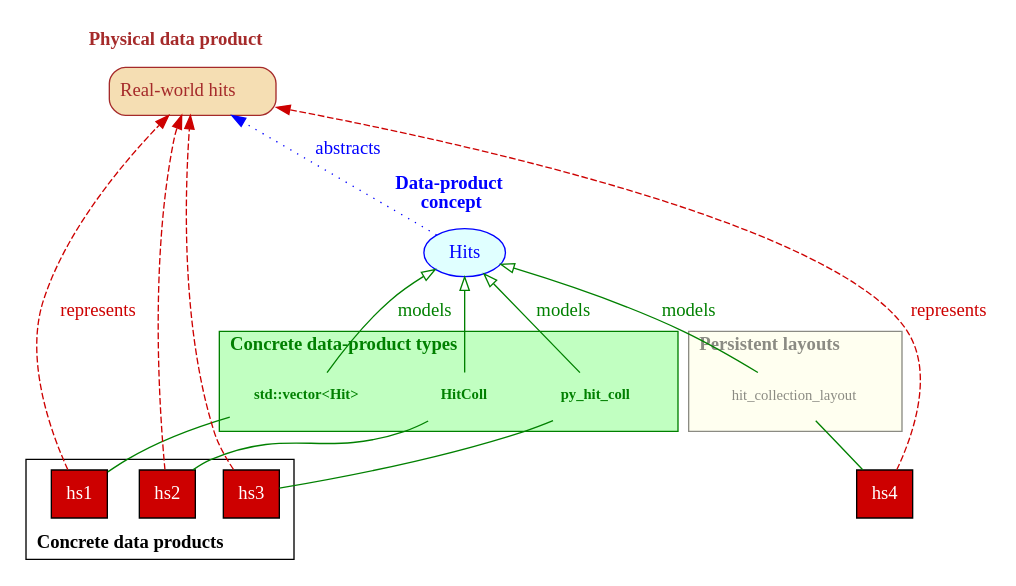
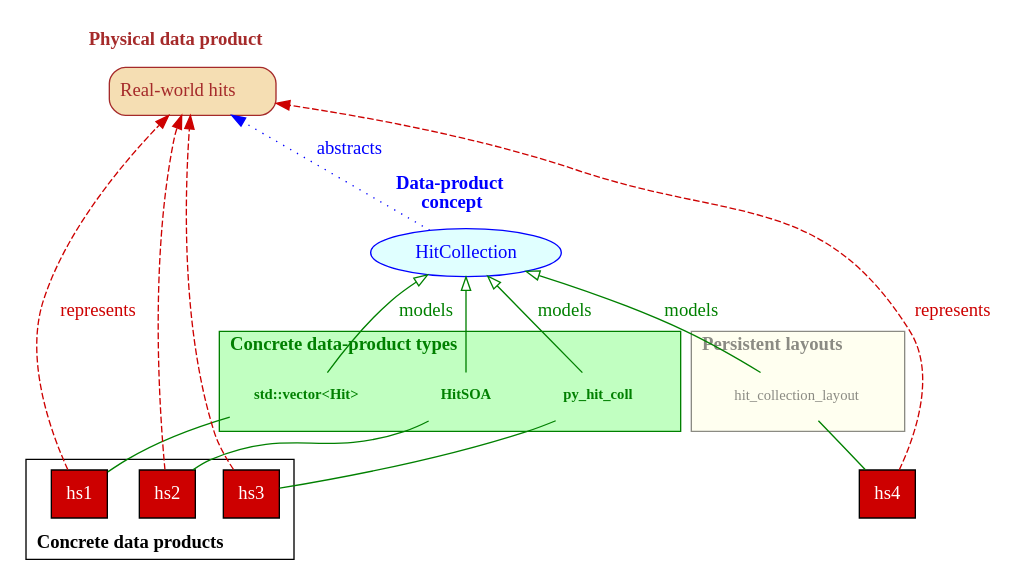
The diagram in doc/ch_conceptual_design/data-products.gv (Framework-R-D/phlex-design), drawn with Graphviz before and after one commit.

Commit message:
Remaining modification of the diagram

```diff
--- a/doc/ch_conceptual_design/data-products.gv
+++ b/doc/ch_conceptual_design/data-products.gv
@@ -1,89 +1,89 @@
 digraph {
   node [shape="box" style="filled,rounded"]
   rankdir=BT
 
   subgraph cluster_physical {
     label=<<b>Physical data product</b>>
     labelloc="b"
     color="none"
     fontcolor="brown"
     real_world_hits [label=<Real-world hits>, fillcolor="wheat", color="brown", fontcolor="brown"]
   }
 
   subgraph cluster_concept {
     labelloc="b"
     fontcolor="blue"
     color="none"
     label=<<b>Data-product<br/> concept</b>>
-    hits [label="Hits", shape="ellipse", fillcolor="lightcyan", fontcolor="blue", color="blue"]
+    hits [label="HitCollection", shape="ellipse", fillcolor="lightcyan", fontcolor="blue", color="blue"]
   }
 
   hits -> real_world_hits [style="dotted", label="abstracts", color="blue", fontcolor="blue"]
 
   subgraph cluster_concrete {
     labelloc="b"
     labeljust="l"
     label=<<b>Concrete data-product types</b>>
     color="webgreen"
     fontcolor="webgreen"
     style="filled"
     fillcolor="darkseagreen1";
     node[style="plaintext",
          peripheries=0,
          margin="0.25,0",
          fontname="Monaco",
          fontsize=11,
          fontcolor="webgreen"]
 
     std_vector [label=<<b>std::vector&lt;Hit&gt;</b>>]
-    hit_coll [label=<<b>HitColl</b>>]
+    hit_coll [label=<<b>HitSOA</b>>]
     py_hit_coll [label=<<b>py_hit_coll  </b>>]
   }
 
   subgraph cluster_persistent {
     labelloc="b"
     labeljust="r"
     label=<<b>Persistent layouts</b>>
     color="ivory4"
     fontcolor="ivory4"
     style="filled"
     fillcolor="ivory1"
     node[style="plaintext",
          peripheries=0,
          margin="0.25,0",
          fontname="Monaco",
          fontsize=11,
          fontcolor="ivory4"]
     hit_collection_layout
   }
 
   subgraph cluster_object {
 
     labeljust="l"
     label=<<b>Concrete data products</b>>
     color=black
     node [style="box", width=0.1, style="filled", fontcolor="white", fillcolor="red3"]
 
     hs1; hs2; hs3;
   }
   hs4 [style="box", width=0.1, style="filled", fontcolor="white", fillcolor="red3"]
 
 
   edge [style="dashed", arrowhead="normal", color="red3", fontcolor="red3"]
   hs1 -> real_world_hits [label=" represents"];
   hs2 -> real_world_hits;
   hs3 -> real_world_hits;
   hs4 -> real_world_hits [label="represents"];
 
   edge [style="normal", arrowhead="empty", color="webgreen", fontcolor="webgreen"]
   std_vector -> hits [label="models"];
   hit_coll -> hits;
   py_hit_coll -> hits [label="models"];
   hit_collection_layout -> hits [label="models"];
 
   edge [arrowhead="none", color="webgreen"]
   hs1 -> std_vector
   hs2 -> hit_coll
   hs3 -> py_hit_coll;
   hs4 -> hit_collection_layout;
 }
```
